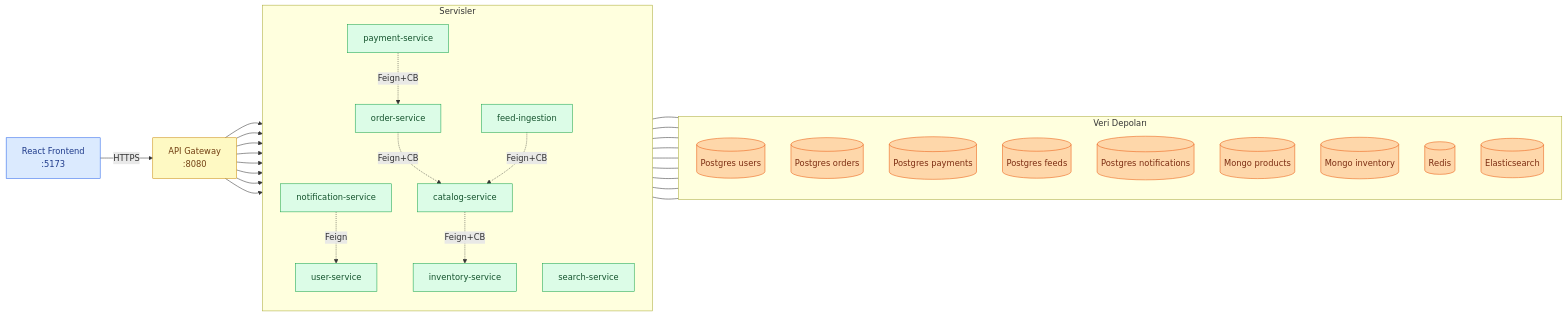
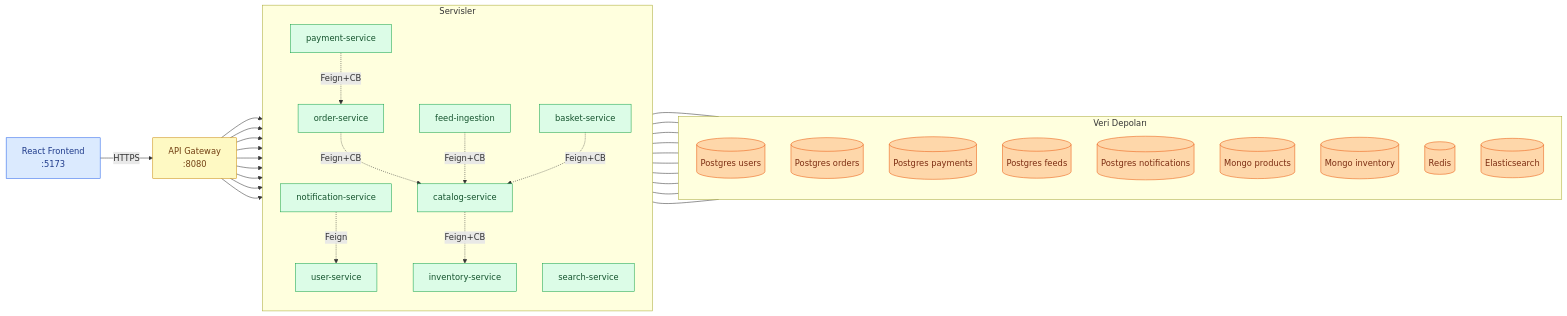
One commit to yigitdemirko/marketplace changed the first of 6 diagrams in README.md. Above: the diagram before and after it, drawn with Mermaid. The commit also changed other lines of this file and 2 other files, not shown here.

Commit message:
docs: README + basket-service walkthrough (#140)

````diff
--- a/README.md
+++ b/README.md
@@ -59,58 +59,61 @@
 ```mermaid
 graph LR
     FE[React Frontend<br/>:5173]
     GW[API Gateway<br/>:8080]
 
     subgraph services [Servisler]
         direction TB
         US[user-service]
         CS[catalog-service]
         SS[search-service]
         OS[order-service]
         PM[payment-service]
         NS[notification-service]
         FI[feed-ingestion]
         IV[inventory-service]
+        BS[basket-service]
     end
 
     subgraph datastores [Veri Depoları]
         direction TB
         PGU[("Postgres users")]
         PGO[("Postgres orders")]
         PGP[("Postgres payments")]
         PGF[("Postgres feeds")]
         PGN[("Postgres notifications")]
         MGC[("Mongo products")]
         MGI[("Mongo inventory")]
         RD[("Redis")]
         ES[("Elasticsearch")]
     end
 
     FE -->|HTTPS| GW
-    GW --> US & CS & SS & OS & PM & FI & IV & NS
+    GW --> US & CS & SS & OS & PM & FI & IV & NS & BS
 
     OS -. Feign+CB .-> CS
     PM -. Feign+CB .-> OS
     FI -. Feign+CB .-> CS
     CS -. Feign+CB .-> IV
+    BS -. Feign+CB .-> CS
     NS -. Feign .-> US
 
     US --- PGU
     OS --- PGO
     PM --- PGP
     FI --- PGF
     NS --- PGN
     CS --- MGC
     CS --- RD
+    BS --- RD
     IV --- MGI
     SS --- ES
 
     classDef svc fill:#dcfce7,stroke:#16a34a,color:#14532d
     classDef gw fill:#fef9c3,stroke:#ca8a04,color:#713f12
     classDef fe fill:#dbeafe,stroke:#2563eb,color:#1e3a8a
     classDef ds fill:#fed7aa,stroke:#ea580c,color:#7c2d12
-    class US,CS,SS,OS,PM,NS,FI,IV svc
+    class US,CS,SS,OS,PM,NS,FI,IV,BS svc
     class GW gw
     class FE fe
     class PGU,PGO,PGP,PGF,PGN,MGC,MGI,RD,ES ds
 ```
````
